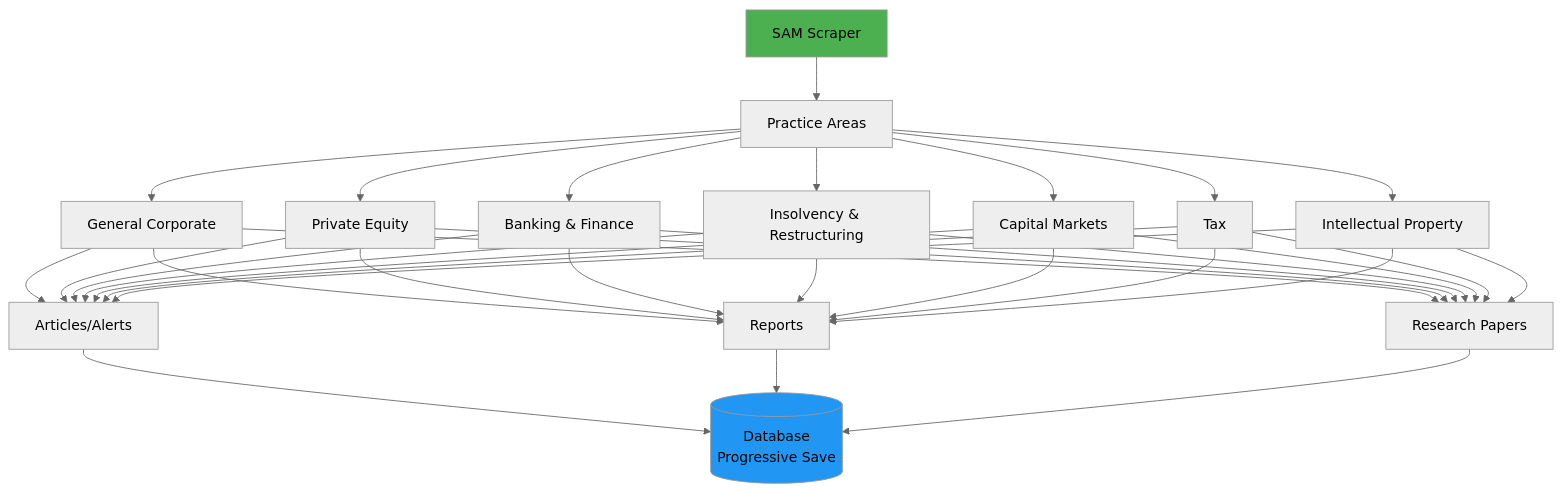
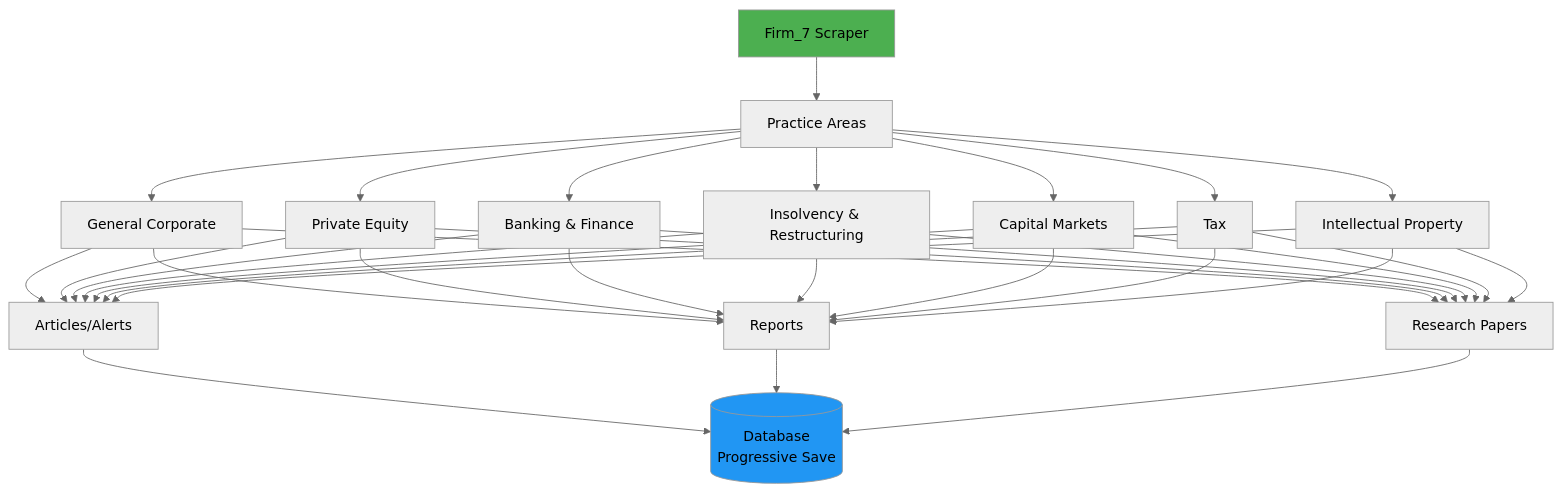
Before and after one commit to Acash-bits/Law-Firm-Publications-Scraper-Suite: diagram 16 of 27 in readme.md, drawn with Mermaid (neutral theme). The commit also changed other lines of this file, not shown here.

Commit message:
Change in the font and style of System architecture diagram

````diff
--- a/readme.md
+++ b/readme.md
@@ -973,21 +964,21 @@
 ```mermaid
 graph TB
-    A[SAM Scraper] --> B[Practice Areas]
+    A[Firm_7 Scraper] --> B[Practice Areas]
     
     B --> P1[General Corporate]
     B --> P2[Private Equity]
     B --> P3[Banking & Finance]
     B --> P4[Insolvency & Restructuring]
     B --> P5[Capital Markets]
     B --> P6[Tax]
     B --> P7[Intellectual Property]
     
     P1 & P2 & P3 & P4 & P5 & P6 & P7 --> T1[Articles/Alerts]
     P1 & P2 & P3 & P4 & P5 & P6 & P7 --> T2[Reports]
     P1 & P2 & P3 & P4 & P5 & P6 & P7 --> T3[Research Papers]
     
     T1 & T2 & T3 --> DB[(Database<br/>Progressive Save)]
     
     style A fill:#4CAF50
     style DB fill:#2196F3
 ```
````
